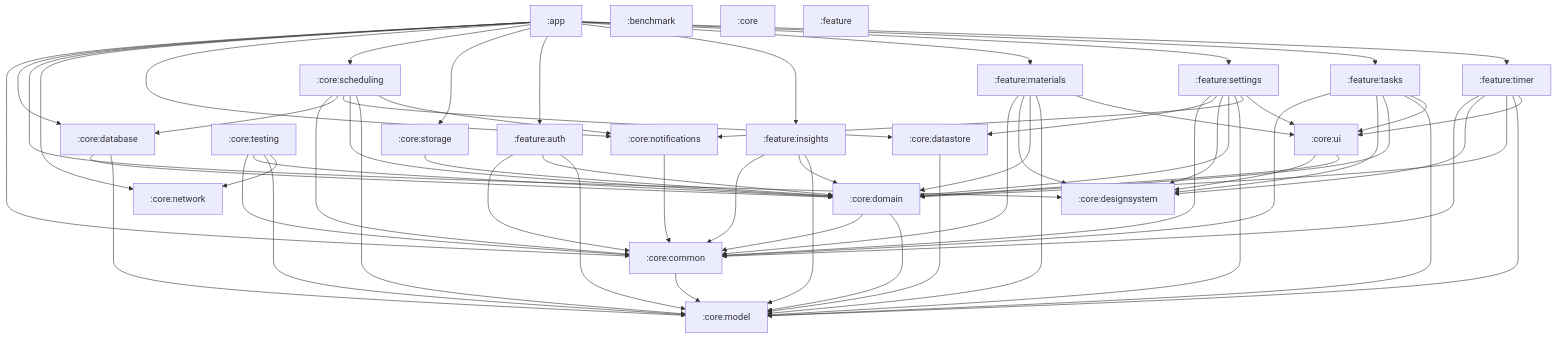
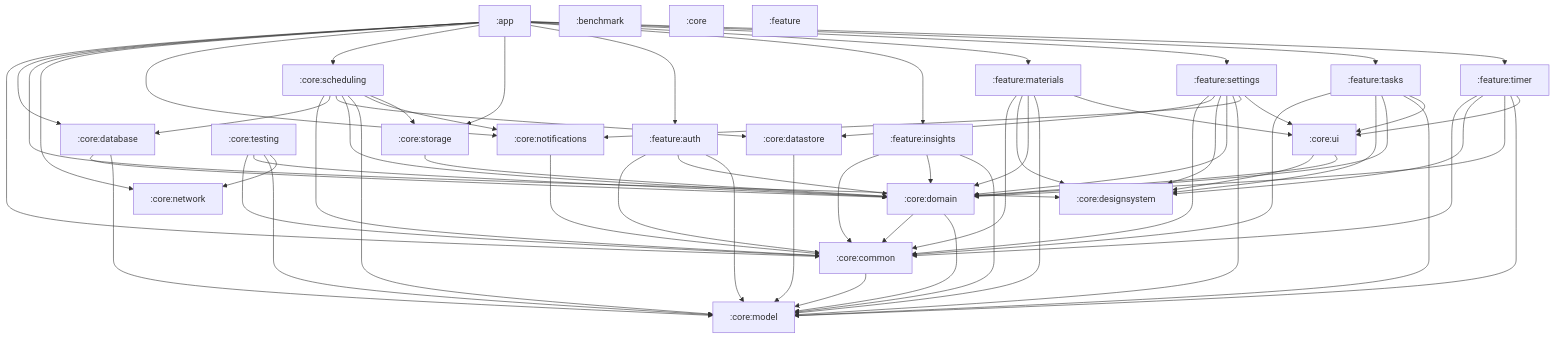
One commit to konarsubhojit/study-app changed the diagram in docs/module-graph.md. Above: the diagram before and after it, drawn with Mermaid. The commit also changed 27 other files, not shown here.

```diff
--- a/docs/module-graph.md
+++ b/docs/module-graph.md
@@ -55,6 +55,7 @@
     core_scheduling --> core_domain
     core_scheduling --> core_model
     core_scheduling --> core_notifications
+    core_scheduling --> core_storage
     core_storage --> core_domain
     core_testing --> core_common
     core_testing --> core_domain
```
